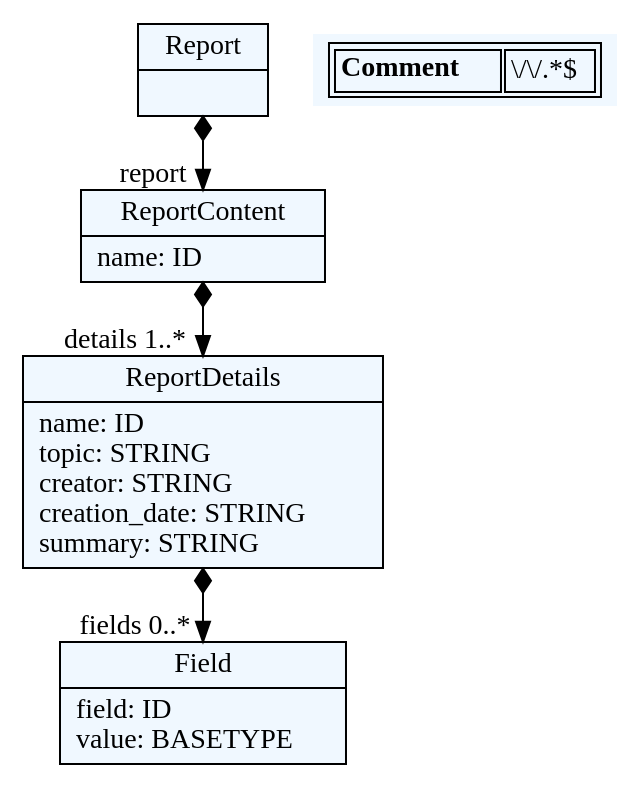
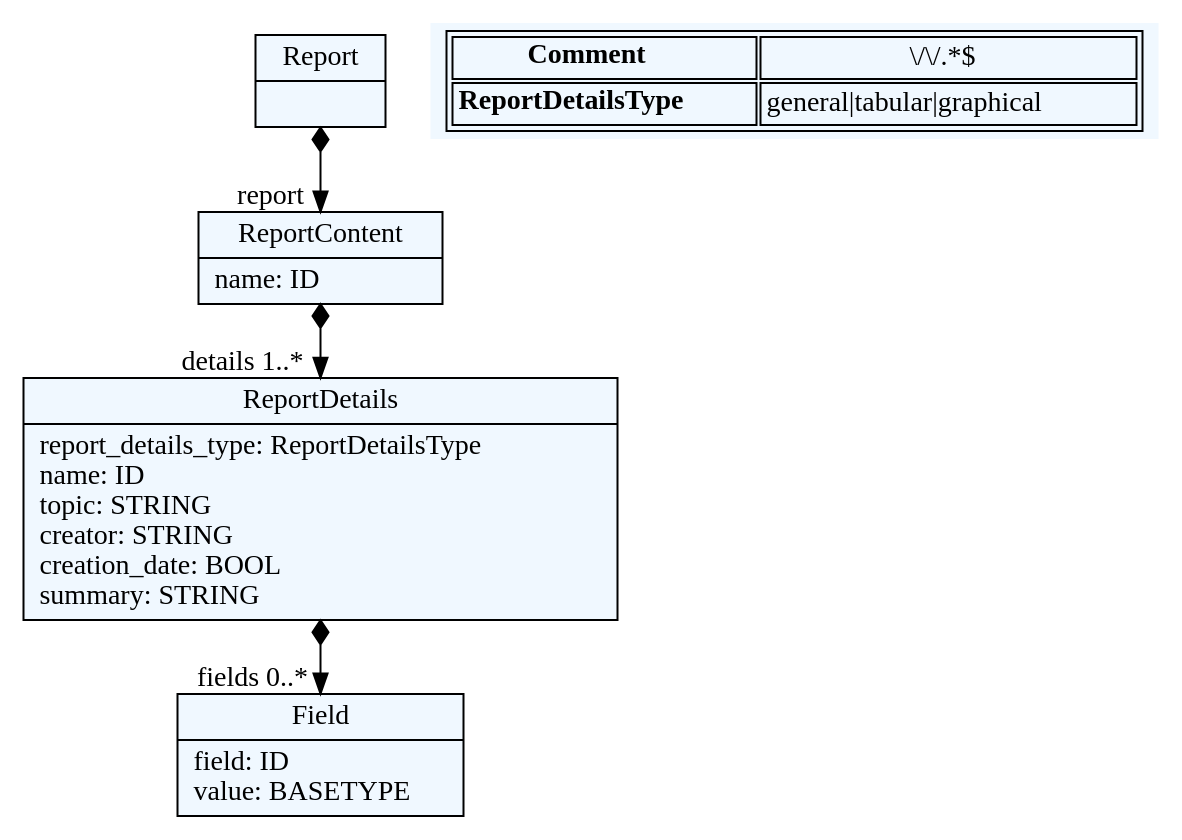
The diagram in report/dotexport/report_metamodel.dot (DusanStevic/textx-lang-quant), drawn with Graphviz before and after one commit. The commit also changed 11 other files, not shown here.

```diff
--- a/report/dotexport/report_metamodel.dot
+++ b/report/dotexport/report_metamodel.dot
@@ -1,34 +1,37 @@
 
     digraph textX {
     fontname = "Bitstream Vera Sans"
     fontsize = 8
     node[
         shape=record,
         style=filled,
         fillcolor=aliceblue
     ]
     nodesep = 0.3
     edge[dir=black,arrowtail=empty]
 
 
 52188504[ label="{Report|}"]
 
 52180008[ label="{ReportContent|name: ID\l}"]
 
-52171512[ label="{ReportDetails|name: ID\ltopic: STRING\lcreator: STRING\lcreation_date: STRING\lsummary: STRING\l}"]
+52171512[ label="{ReportDetails|report_details_type: ReportDetailsType\lname: ID\ltopic: STRING\lcreator: STRING\lcreation_date: BOOL\lsummary: STRING\l}"]
 
-52191336[ label="{Field|field: ID\lvalue: BASETYPE\l}"]
+52197944[ label="{Field|field: ID\lvalue: BASETYPE\l}"]
 
 
 
 52188504 -> 52180008[arrowtail=diamond, dir=both, headlabel="report "]
 52180008 -> 52171512[arrowtail=diamond, dir=both, headlabel="details 1..*"]
-52171512 -> 52191336[arrowtail=diamond, dir=both, headlabel="fields 0..*"]
+52171512 -> 52197944[arrowtail=diamond, dir=both, headlabel="fields 0..*"]
 match_rules [ shape=plaintext, label=< <table>
 	<tr>
 		<td><b>Comment</b></td><td>\/\/.*$</td>
+	</tr>
+	<tr>
+		<td><b>ReportDetailsType</b></td><td>general|tabular|graphical</td>
 	</tr>
 </table> >]
 
 
 }
```
